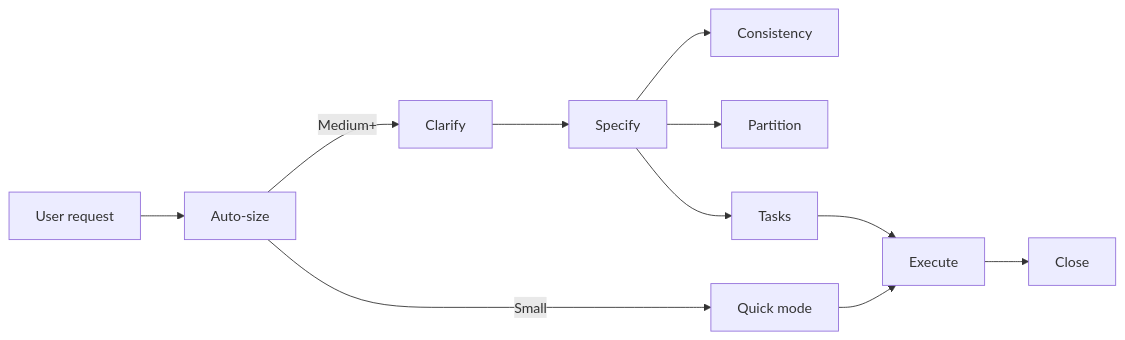
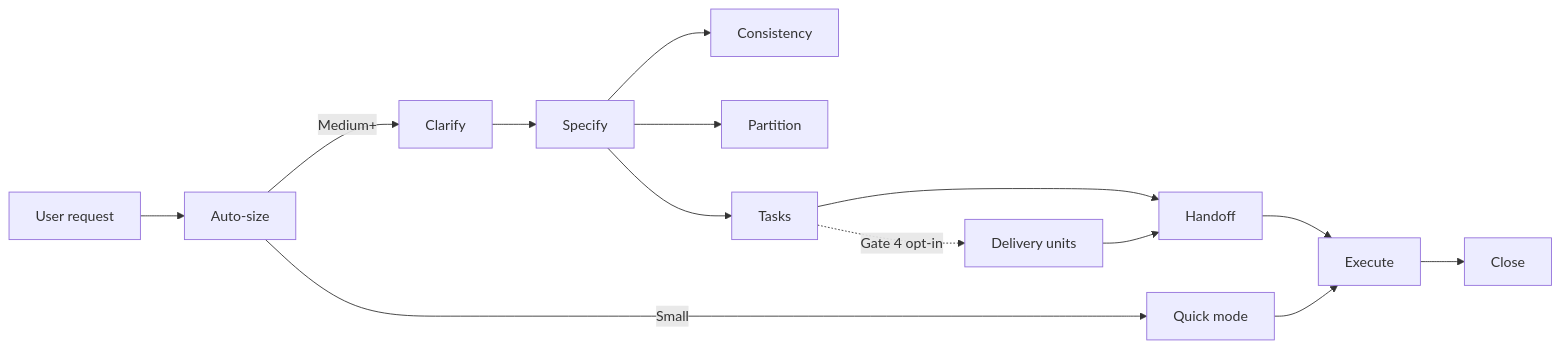
The diagram in skills/ns-spec-driven/SKILL.md (nextstage-brasil/skills), drawn with Mermaid before and after one commit. The commit also changed other lines of this file and 30 other files, not shown here.

````diff
--- a/skills/ns-spec-driven/SKILL.md
+++ b/skills/ns-spec-driven/SKILL.md
@@ -54,24 +54,29 @@
 ```mermaid
 flowchart LR
   user[User request]
   size[Auto-size]
   clarify[Clarify]
   specify[Specify]
   consist[Consistency]
   part[Partition]
   tasks[Tasks]
+  units[Delivery units]
+  handoff[Handoff]
   exec[Execute]
   close[Close]
   quick[Quick mode]
 
   user --> size
   size -->|Small| quick
   size -->|Medium+| clarify
   clarify --> specify
   specify --> consist
   specify --> part
   specify --> tasks
-  tasks --> exec
+  tasks --> handoff
+  tasks -.->|Gate 4 opt-in| units
+  units --> handoff
+  handoff --> exec
+  quick --> exec
   exec --> close
-  quick --> exec
 ```
````
